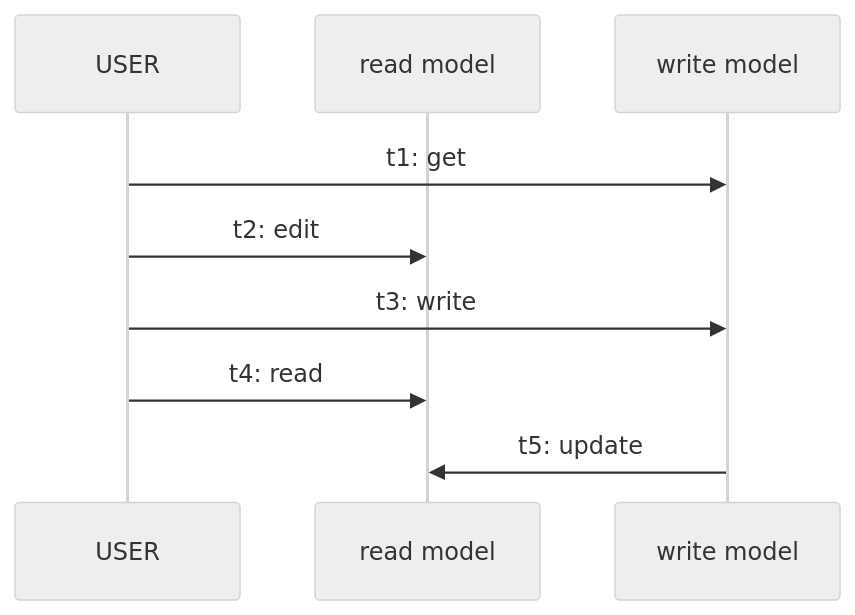
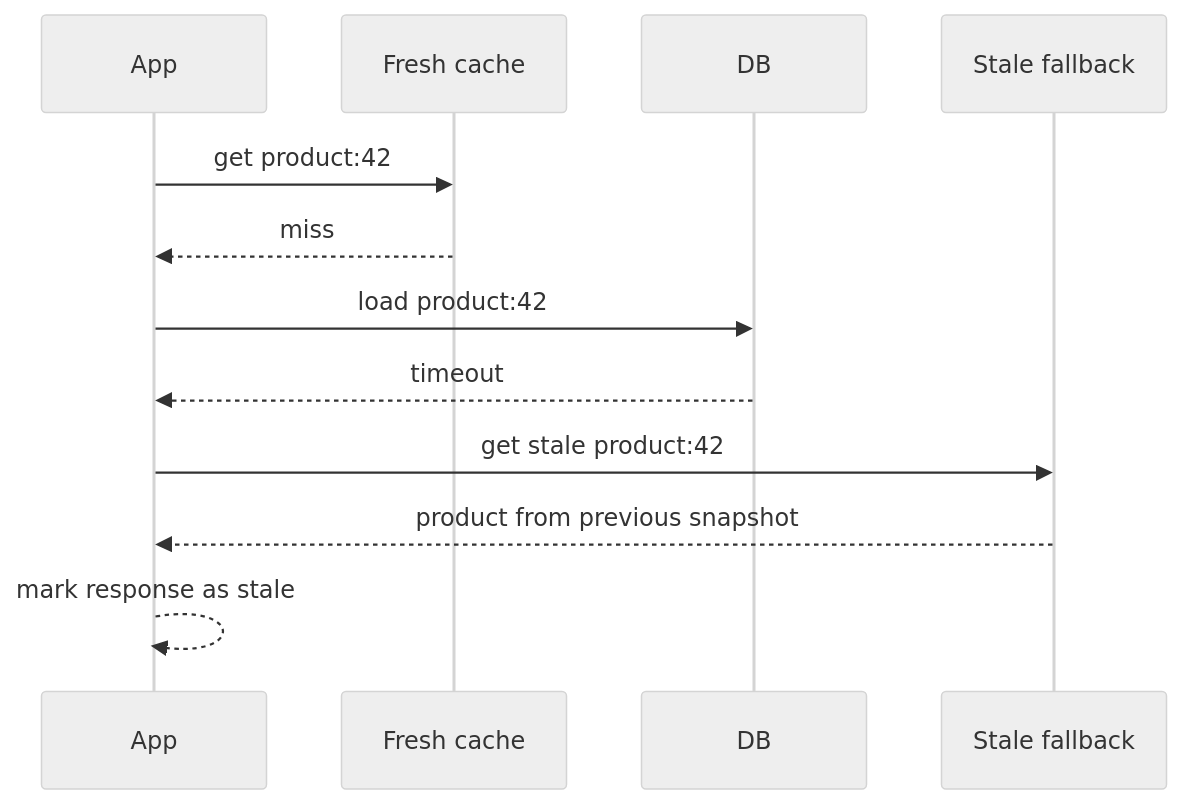
One commit to Kert0n/KPO changed the eighth of 19 diagrams in lectures/Lec13/vitepress.md. Above: the diagram before and after it, drawn with Mermaid (neutral theme). The commit also changed other lines of this file and 9 other files, not shown here.

````diff
--- a/lectures/Lec13/vitepress.md
+++ b/lectures/Lec13/vitepress.md
@@ -505,11 +837,15 @@
 ```mermaid
 sequenceDiagram
-    participant User as USER
-    participant Read as read model
-    participant Write as write model
-    User->>Write: t1: get
-    User->>Read: t2: edit
-    User->>Write: t3: write
-    User->>Read: t4: read
-    Write->>Read: t5: update
+    participant App as App
+    participant Cache as Fresh cache
+    participant DB as DB
+    participant Fallback as Stale fallback
+
+    App->>Cache: get product:42
+    Cache-->>App: miss
+    App->>DB: load product:42
+    DB-->>App: timeout
+    App->>Fallback: get stale product:42
+    Fallback-->>App: product from previous snapshot
+    App-->>App: mark response as stale
 ```
````
